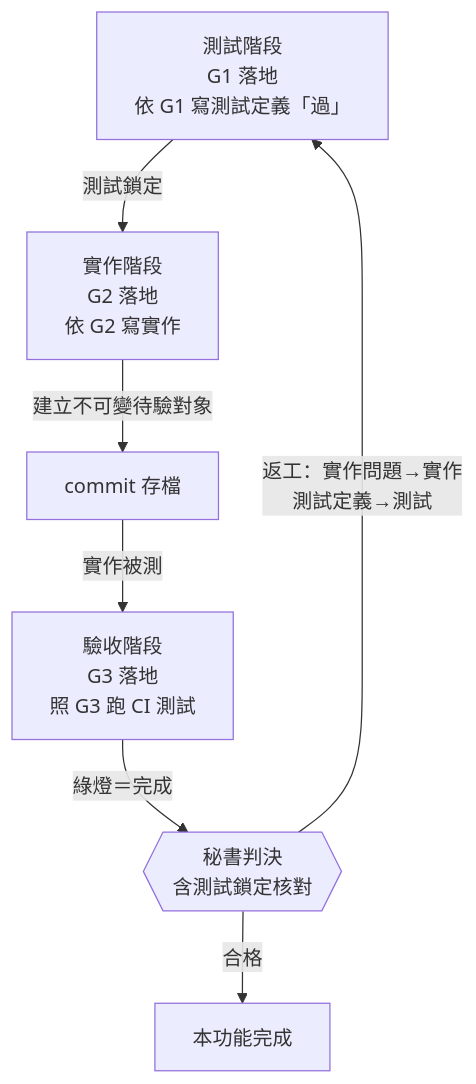
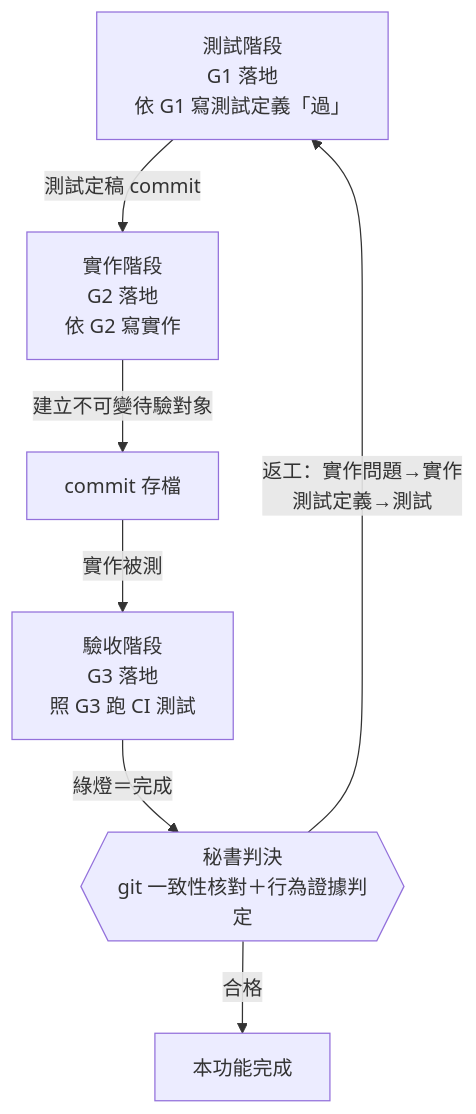
Before and after one commit to teps3105/shiftblame: the seventh of 8 diagrams in skills/shiftblame/SKILL.md, drawn with Mermaid. The commit also changed other lines of this file and 20 other files, not shown here.

Commit message:
refactor: 拆除平行記錄體系，閘門回歸 git 與 flow-state

````diff
--- a/skills/shiftblame/SKILL.md
+++ b/skills/shiftblame/SKILL.md
@@ -293,9 +291,9 @@
 ```mermaid
 flowchart TB
-    TST["測試階段<br/>G1 落地<br/>依 G1 寫測試定義「過」"] -->|測試鎖定| DEV["實作階段<br/>G2 落地<br/>依 G2 寫實作"]
+    TST["測試階段<br/>G1 落地<br/>依 G1 寫測試定義「過」"] -->|測試定稿 commit| DEV["實作階段<br/>G2 落地<br/>依 G2 寫實作"]
     DEV -->|建立不可變待驗對象| Commit["commit 存檔"]
     Commit -->|實作被測| ACC["驗收階段<br/>G3 落地<br/>照 G3 跑 CI 測試"]
-    ACC -->|綠燈＝完成| Judge{{"秘書判決<br/>含測試鎖定核對"}}
+    ACC -->|綠燈＝完成| Judge{{"秘書判決<br/>git 一致性核對＋行為證據判定"}}
     Judge -->|合格| Done["本功能完成"]
     Judge -->|"返工：實作問題→實作<br/>測試定義→測試"| TST
 ```
````
